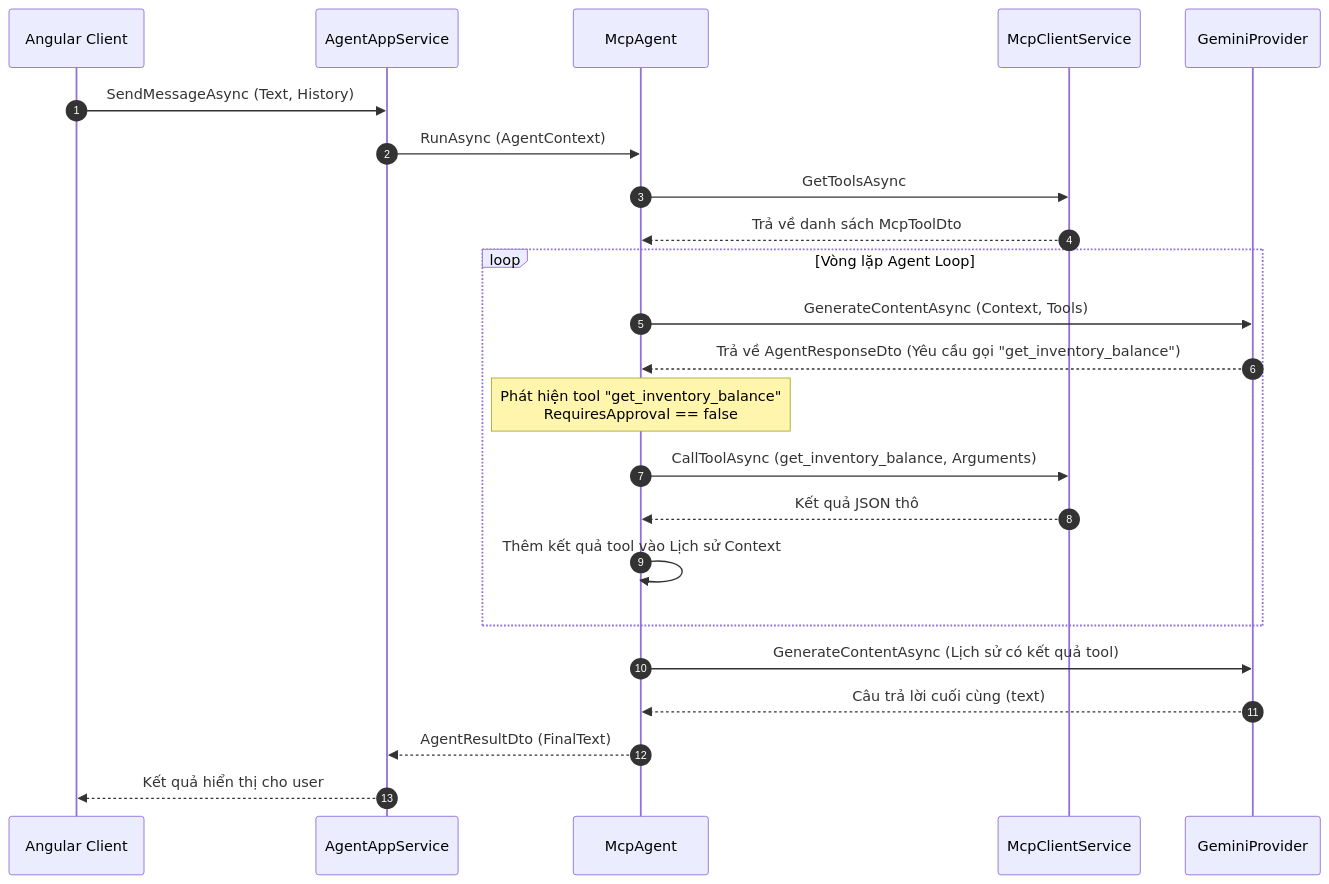
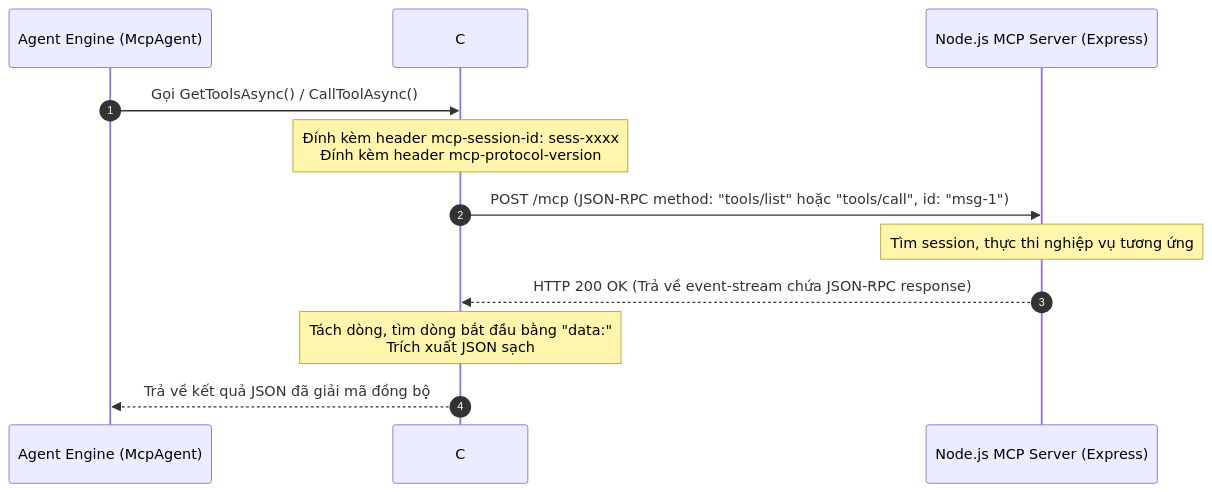
The third of 6 diagrams in docs/superpowers/specs/2026-06-04-mcp-client-redesign.md (hphucdev-04/SupplyCoreERP), drawn with Mermaid before and after one commit. The commit also changed other lines of this file and 44 other files, not shown here.

Commit message:
refactor(mcp.server): use Streamable HTTP Transport

````diff
--- a/docs/superpowers/specs/2026-06-04-mcp-client-redesign.md
+++ b/docs/superpowers/specs/2026-06-04-mcp-client-redesign.md
@@ -179,27 +64,15 @@
 ```mermaid
 sequenceDiagram
     autonumber
-    Angular Client->>AgentAppService: SendMessageAsync (Text, History)
-    AgentAppService->>McpAgent: RunAsync (AgentContext)
+    participant Agent as Agent Engine (McpAgent)
+    participant Client as C# Client (McpClientService)
+    participant Server as Node.js MCP Server (Express)
     
-    McpAgent->>McpClientService: GetToolsAsync
-    McpClientService-->>McpAgent: Trả về danh sách McpToolDto
-    
-    loop Vòng lặp Agent Loop
-        McpAgent->>GeminiProvider: GenerateContentAsync (Context, Tools)
-        GeminiProvider-->>McpAgent: Trả về AgentResponseDto (Yêu cầu gọi "get_inventory_balance")
-        
-        Note over McpAgent: Phát hiện tool "get_inventory_balance" <br> RequiresApproval == false
-        
-        McpAgent->>McpClientService: CallToolAsync (get_inventory_balance, Arguments)
-        McpClientService-->>McpAgent: Kết quả JSON thô
-        
-        McpAgent->>McpAgent: Thêm kết quả tool vào Lịch sử Context
-    end
-    
-    McpAgent->>GeminiProvider: GenerateContentAsync (Lịch sử có kết quả tool)
-    GeminiProvider-->>McpAgent: Câu trả lời cuối cùng (text)
-    
-    McpAgent-->>AgentAppService: AgentResultDto (FinalText)
-    AgentAppService-->>Angular Client: Kết quả hiển thị cho user
+    Agent->>Client: Gọi GetToolsAsync() / CallToolAsync()
+    Note over Client: Đính kèm header mcp-session-id: sess-xxxx<br/>Đính kèm header mcp-protocol-version
+    Client->>Server: POST /mcp (JSON-RPC method: "tools/list" hoặc "tools/call", id: "msg-1")
+    Note over Server: Tìm session, thực thi nghiệp vụ tương ứng
+    Server-->>Client: HTTP 200 OK (Trả về event-stream chứa JSON-RPC response)
+    Note over Client: Tách dòng, tìm dòng bắt đầu bằng "data:"<br/>Trích xuất JSON sạch
+    Client-->>Agent: Trả về kết quả JSON đã giải mã đồng bộ
 ```
````
